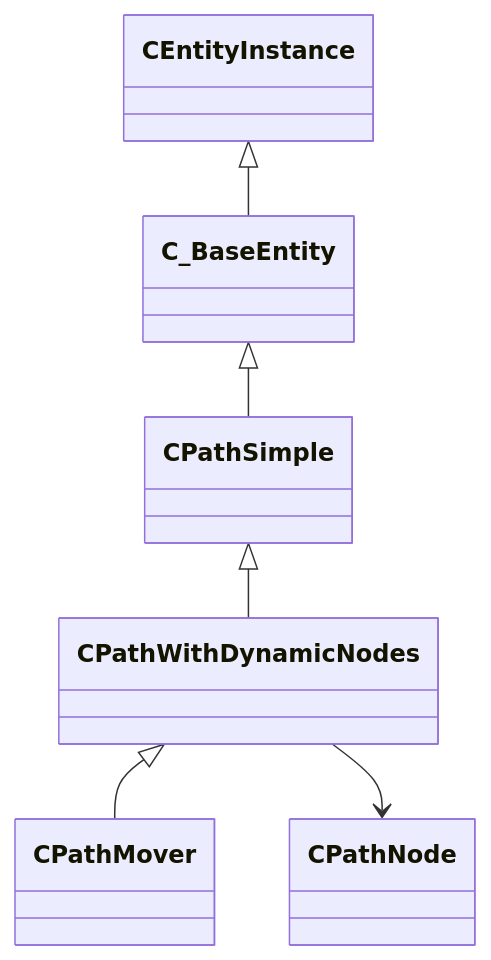
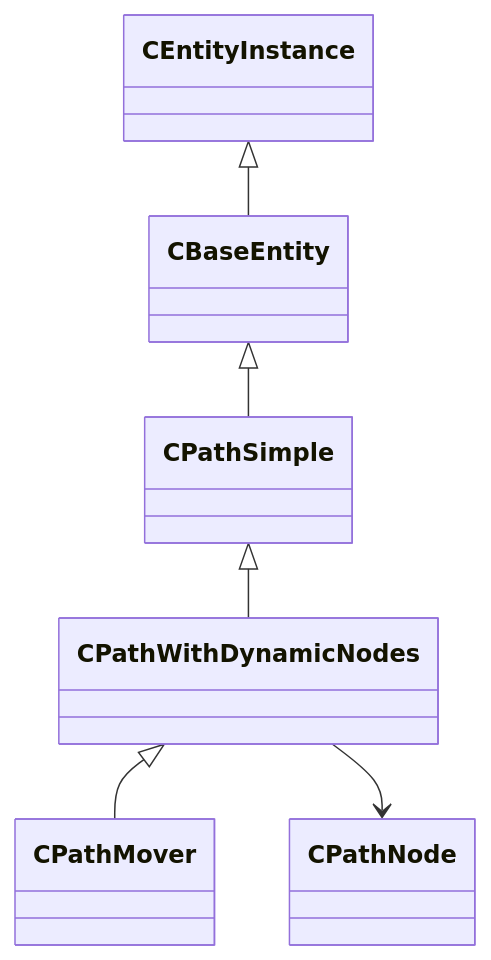
One commit to CS2OpenDev/CS2OpenDev-Docs changed the diagram in docs/generated/schemas/server/CPathWithDynamicNodes.md. Above: the diagram before and after it, drawn with Mermaid. The commit also changed other lines of this file and 4525 other files, not shown here.

````diff
--- a/docs/generated/schemas/server/CPathWithDynamicNodes.md
+++ b/docs/generated/schemas/server/CPathWithDynamicNodes.md
@@ -19,8 +23,8 @@
 ```mermaid
 classDiagram
     CPathSimple <|-- CPathWithDynamicNodes
-    C_BaseEntity <|-- CPathSimple
-    CEntityInstance <|-- C_BaseEntity
+    CBaseEntity <|-- CPathSimple
+    CEntityInstance <|-- CBaseEntity
     CPathWithDynamicNodes <|-- CPathMover
     CPathWithDynamicNodes --> CPathNode
 ```
````
